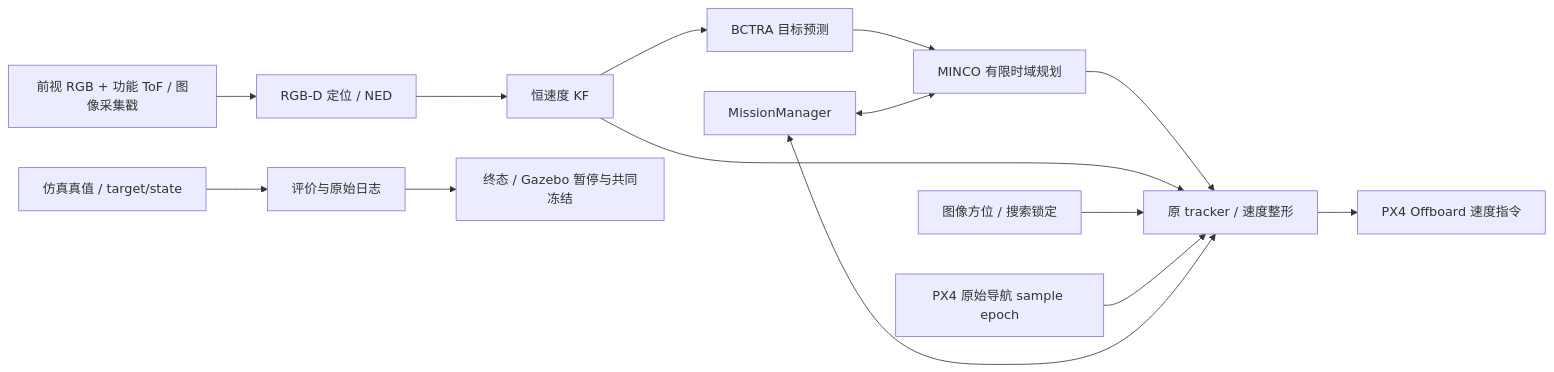
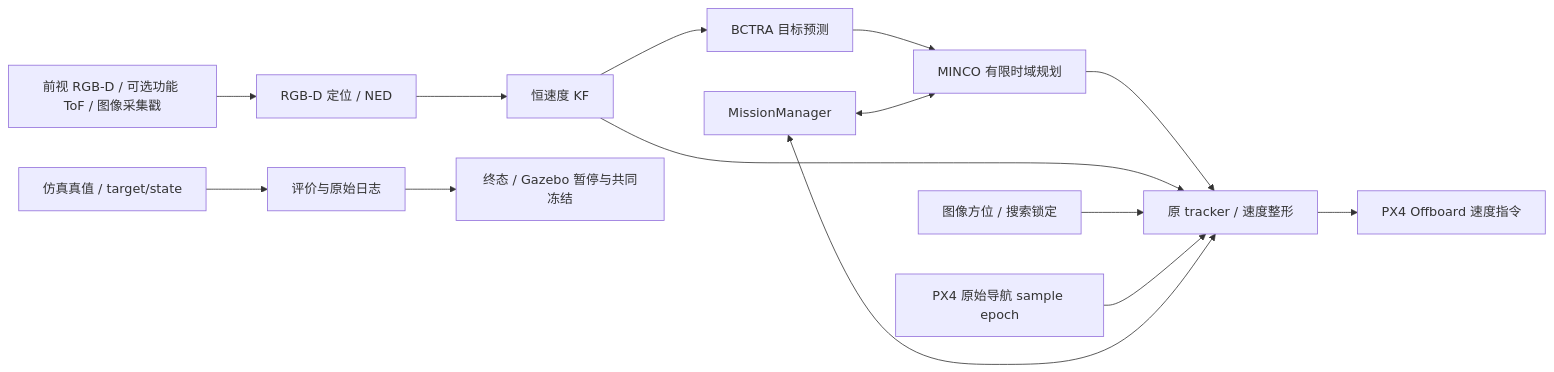
Before and after one commit to Qinjianheng/uav_usv_mpc: the diagram in docs/current/architecture.md, drawn with Mermaid. The commit also changed other lines of this file and 160 other files, not shown here.

````diff
--- a/docs/current/architecture.md
+++ b/docs/current/architecture.md
@@ -7,16 +7,16 @@
 ```mermaid
 flowchart LR
-  Camera[前视 RGB + 功能 ToF / 图像采集戳] --> Localizer[RGB-D 定位 / NED]
+  Camera[前视 RGB-D / 可选功能 ToF / 图像采集戳] --> Localizer[RGB-D 定位 / NED]
   Localizer --> KF[恒速度 KF]
   KF --> Predictor[BCTRA 目标预测]
   Predictor --> Planner[MINCO 有限时域规划]
   Planner --> Tracker[原 tracker / 速度整形]
   KF --> Tracker
   Bearing[图像方位 / 搜索锁定] --> Tracker
   PX4[PX4 原始导航 sample epoch] --> Tracker
   Tracker --> Setpoint[PX4 Offboard 速度指令]
   Manager[MissionManager] <--> Tracker
   Manager <--> Planner
   Truth[仿真真值 / target/state] --> Evaluator[评价与原始日志]
   Evaluator --> Pause[终态 / Gazebo 暂停与共同冻结]
 ```
````
